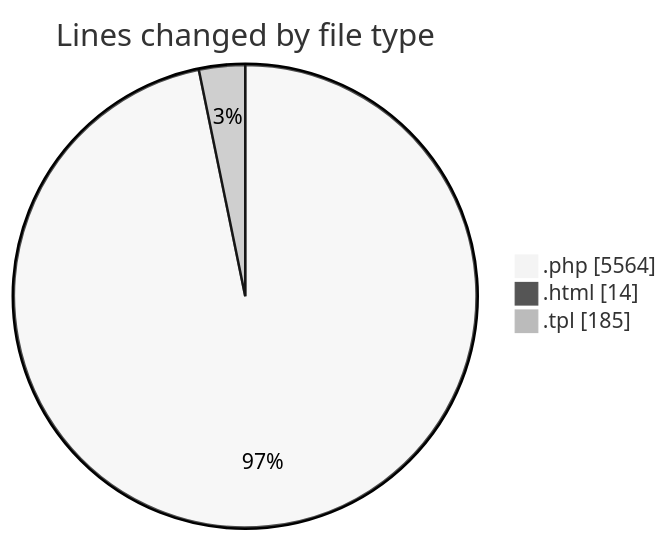
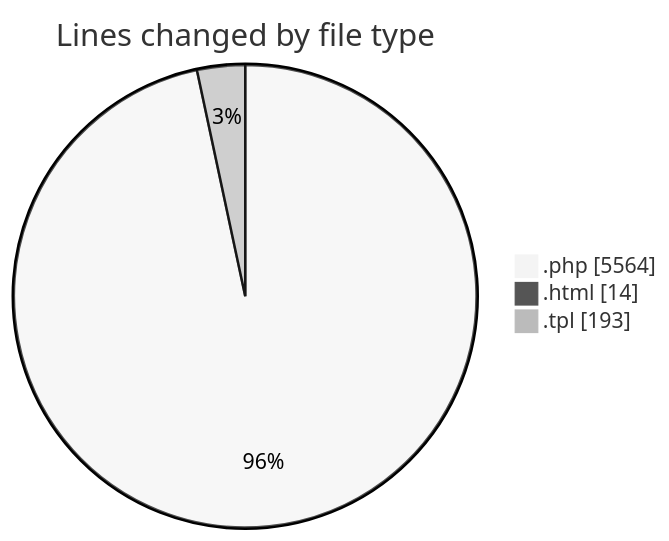
The first of 2 diagrams in 2025-09-13/shop/README.md (vahidmafi/code-tracking), drawn with Mermaid (neutral theme) before and after one commit. The commit also changed other lines of this file and 1 other file, not shown here.

````diff
--- a/2025-09-13/shop/README.md
+++ b/2025-09-13/shop/README.md
@@ -25,7 +25,7 @@
 ```mermaid
 pie showData
 title Lines changed by file type
 ".php" : 5564
 ".html" : 14
-".tpl" : 185
+".tpl" : 193
 ```
````
